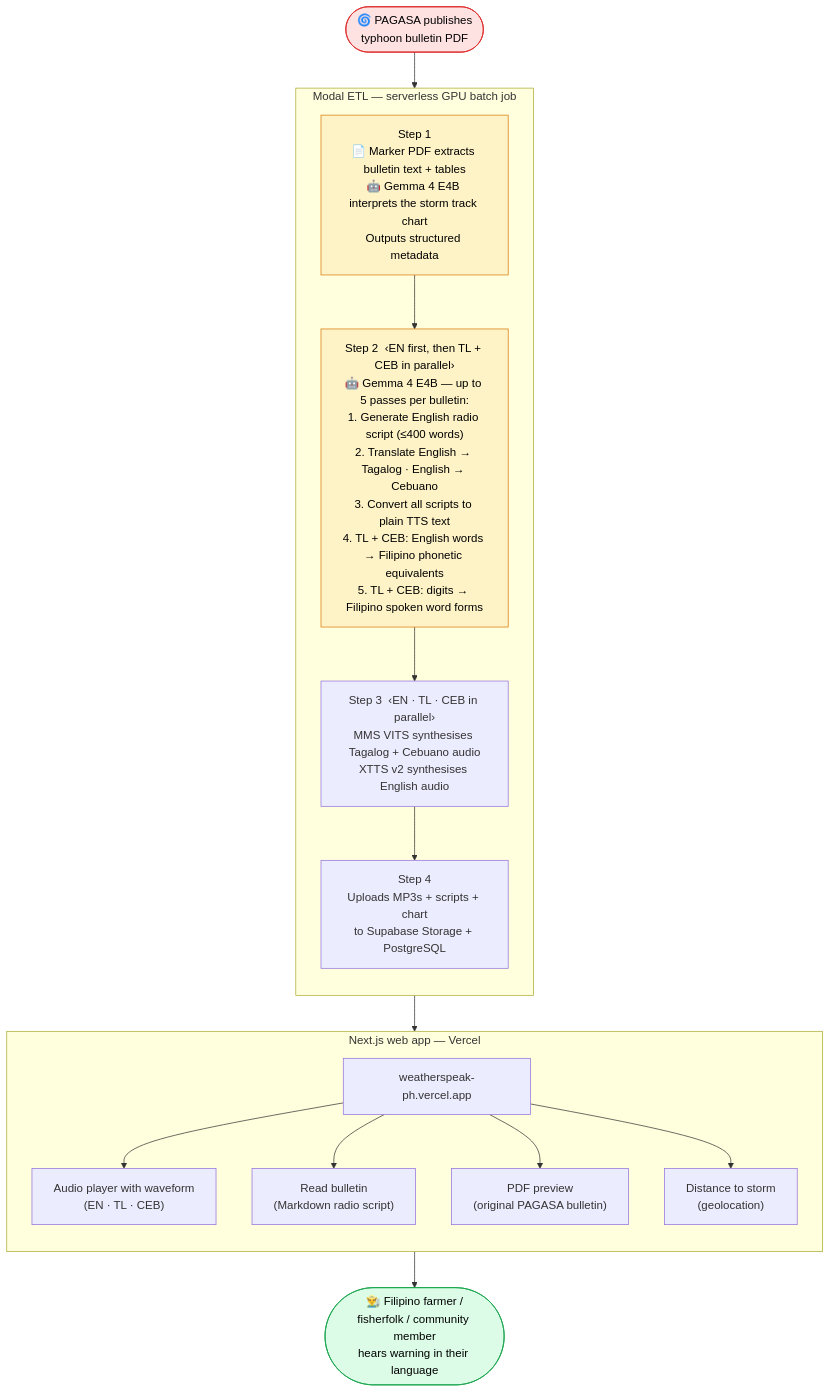
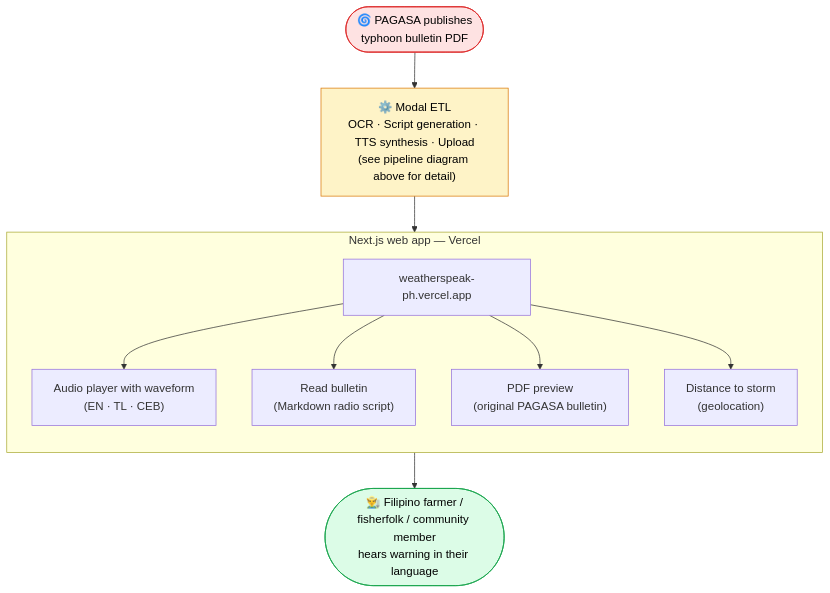
Before and after one commit to jaeyow/weatherspeak-ph: the second of 2 diagrams in README.md, drawn with Mermaid. The commit also changed other lines of this file, not shown here.

Commit message:
docs: simplify end-to-end flow — collapse ETL to single node
ETL detail is covered by the pipeline diagram above; the e2e flow
now shows the high-level journey: PAGASA → ETL → web app → user.

````diff
--- a/README.md
+++ b/README.md
@@ -72,35 +72,27 @@
 ```mermaid
 flowchart TD
     PAGASA(["🌀 PAGASA publishes\ntyphoon bulletin PDF"])
 
-    subgraph ETL["Modal ETL  —  serverless GPU batch job"]
-        direction TB
-        OCR["Step 1\n📄 Marker PDF extracts bulletin text + tables\n🤖 Gemma 4 E4B interprets the storm track chart\nOutputs structured metadata"]
-        SCRIPTS["Step 2  ‹EN first, then TL + CEB in parallel›\n🤖 Gemma 4 E4B — up to 5 passes per bulletin:\n1. Generate English radio script (≤400 words)\n2. Translate English → Tagalog · English → Cebuano\n3. Convert all scripts to plain TTS text\n4. TL + CEB: English words → Filipino phonetic equivalents\n5. TL + CEB: digits → Filipino spoken word forms"]
-        TTS["Step 3  ‹EN · TL · CEB in parallel›\nMMS VITS synthesises Tagalog + Cebuano audio\nXTTS v2 synthesises English audio"]
-        UPLOAD["Step 4\nUploads MP3s + scripts + chart\nto Supabase Storage + PostgreSQL"]
-        OCR --> SCRIPTS --> TTS --> UPLOAD
-    end
+    ETL["⚙️ Modal ETL\nOCR · Script generation · TTS synthesis · Upload\n(see pipeline diagram above for detail)"]
 
     subgraph WEB["Next.js web app  —  Vercel"]
         direction TB
         SITE["weatherspeak-ph.vercel.app"]
         PLAYER["Audio player with waveform\n(EN · TL · CEB)"]
         SCRIPT["Read bulletin\n(Markdown radio script)"]
         PDF_PREV["PDF preview\n(original PAGASA bulletin)"]
         GEO["Distance to storm\n(geolocation)"]
         SITE --> PLAYER
         SITE --> SCRIPT
         SITE --> PDF_PREV
         SITE --> GEO
     end
 
     USER(["👨‍🌾 Filipino farmer /\nfisherfolk / community member\nhears warning in their language"])
 
     PAGASA --> ETL --> WEB --> USER
 
-    style OCR fill:#fef3c7,stroke:#d97706,color:#000
-    style SCRIPTS fill:#fef3c7,stroke:#d97706,color:#000
+    style ETL fill:#fef3c7,stroke:#d97706,color:#000
     style PAGASA fill:#fee2e2,stroke:#dc2626,color:#000
     style USER fill:#dcfce7,stroke:#16a34a,color:#000
 ```
````
